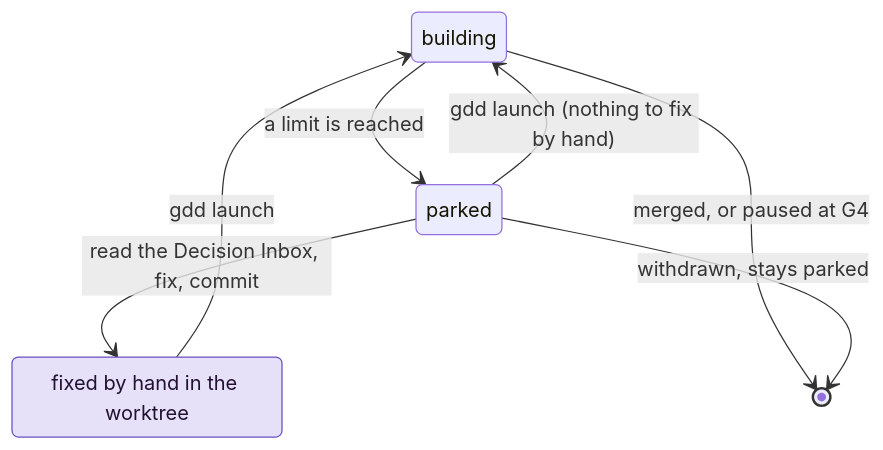
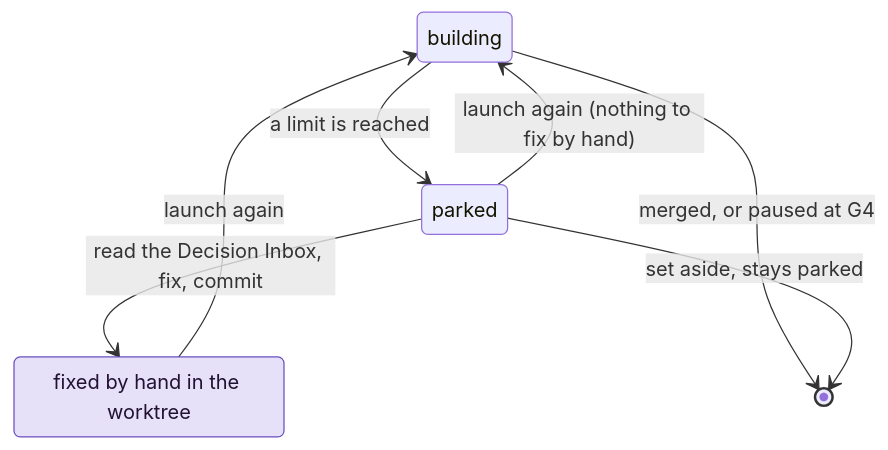
Before and after one commit to MarsGotta/gdd: the diagram in docs/how-to/parked-change.md, drawn with Mermaid. The commit also changed other lines of this file and 210 other files, not shown here.

````diff
--- a/docs/how-to/parked-change.md
+++ b/docs/how-to/parked-change.md
@@ -23,14 +23,14 @@
 ```mermaid
 stateDiagram-v2
     building: building
     parked: parked
     fixed: fixed by hand in the worktree
     building --> parked: a limit is reached
     parked --> fixed: read the Decision Inbox, fix, commit
-    parked --> building: gdd launch (nothing to fix by hand)
-    fixed --> building: gdd launch
+    parked --> building: launch again (nothing to fix by hand)
+    fixed --> building: launch again
     building --> [*]: merged, or paused at G4
-    parked --> [*]: withdrawn, stays parked
+    parked --> [*]: set aside, stays parked
     classDef human fill:#e6e0f8,stroke:#6a4fc0,color:#213
     class fixed human
 ```
````
